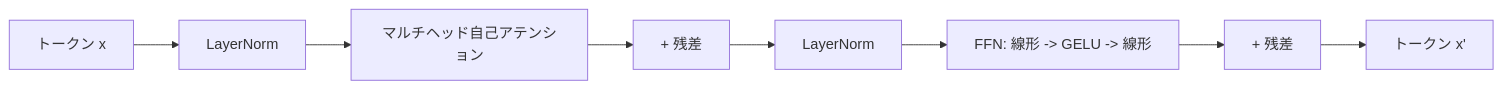
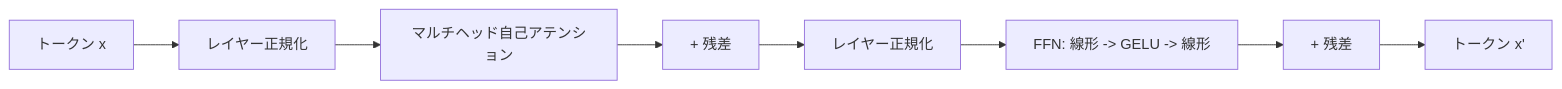
The second of 2 diagrams in content/phases/19-capstone-projects/59-vit-transformer/lesson.ja.md (shoshoshomen/synapse-academy), drawn with Mermaid before and after one commit. The commit also changed other lines of this file and 124 other files, not shown here.

First line of the commit message:
feat(i18n): mermaid図のラベルを日本語化(194レッスン/374図)

````diff
--- a/content/phases/19-capstone-projects/59-vit-transformer/lesson.ja.md
+++ b/content/phases/19-capstone-projects/59-vit-transformer/lesson.ja.md
@@ -31,10 +31,10 @@
 ```mermaid
 flowchart LR
-  Token[トークン x] --> N1[LayerNorm]
-  N1 --> Attn[マルチヘッド自己アテンション]
-  Attn --> R1[+ 残差]
-  R1 --> N2[LayerNorm]
-  N2 --> MLP[FFN: 線形 -> GELU -> 線形]
-  MLP --> R2[+ 残差]
-  R2 --> Out[トークン x']
+  Token["トークン x"] --> N1["レイヤー正規化"]
+  N1 --> Attn["マルチヘッド自己アテンション"]
+  Attn --> R1["+ 残差"]
+  R1 --> N2["レイヤー正規化"]
+  N2 --> MLP["FFN: 線形 -> GELU -> 線形"]
+  MLP --> R2["+ 残差"]
+  R2 --> Out["トークン x'"]
 ```
````
